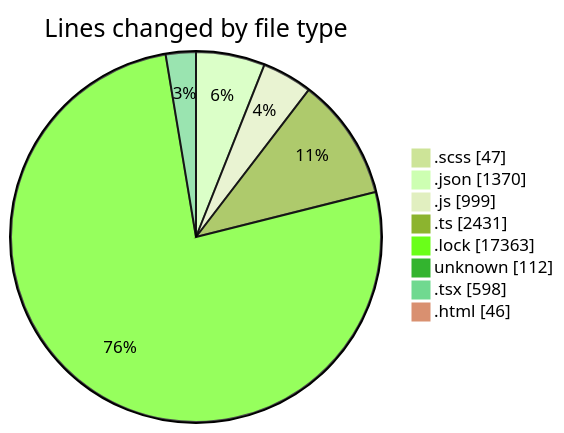
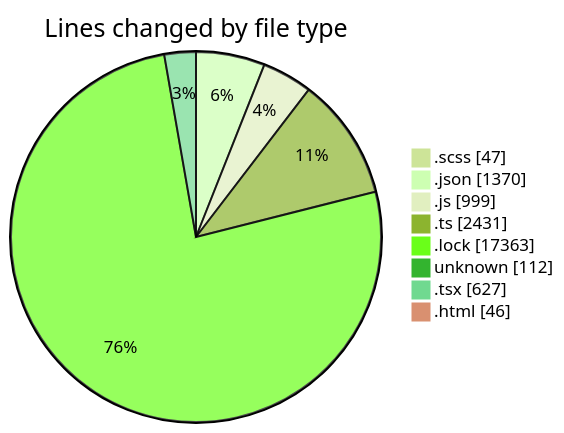
One commit to momahboobian/code-tracking changed the first of 2 diagrams in 2026-04-21/cda/README.md. Above: the diagram before and after it, drawn with Mermaid (forest theme). The commit also changed other lines of this file and 1 other file, not shown here.

````diff
--- a/2026-04-21/cda/README.md
+++ b/2026-04-21/cda/README.md
@@ -55,12 +56,12 @@
 ```mermaid
 pie showData
 title Lines changed by file type
 ".scss" : 47
 ".json" : 1370
 ".js" : 999
 ".ts" : 2431
 ".lock" : 17363
 "unknown" : 112
-".tsx" : 598
+".tsx" : 627
 ".html" : 46
 ```
````
